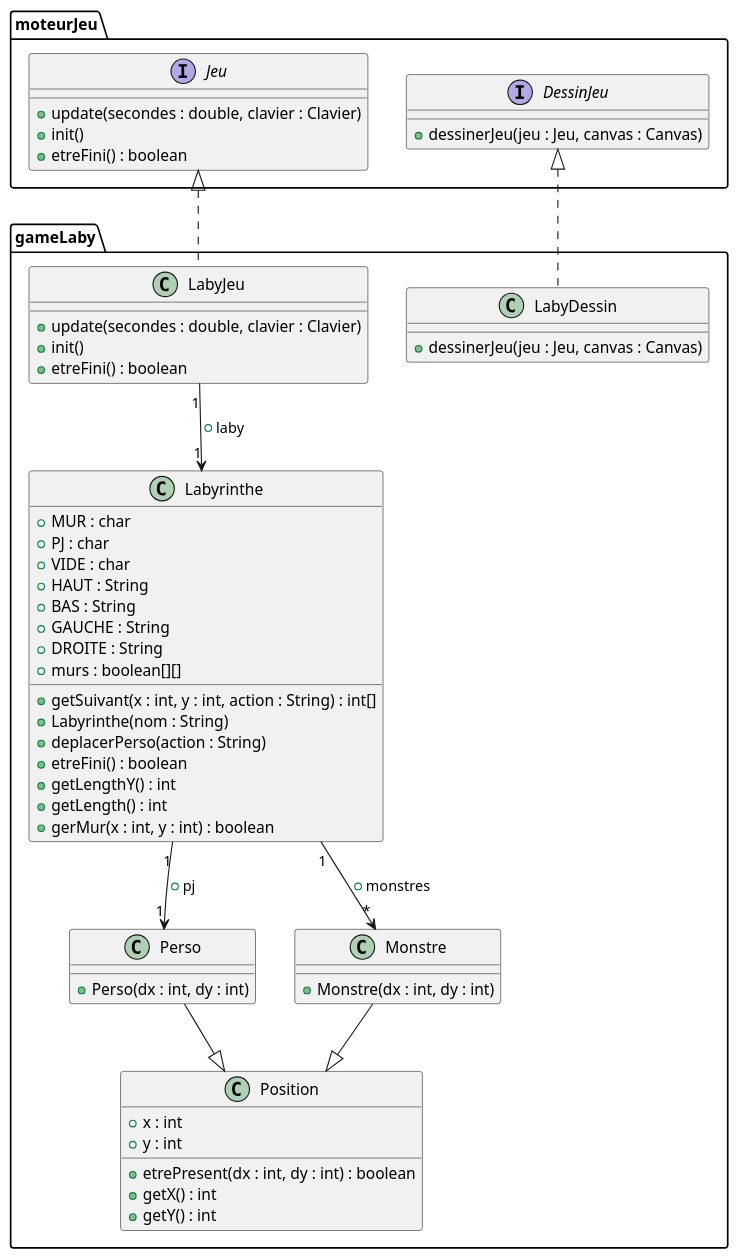
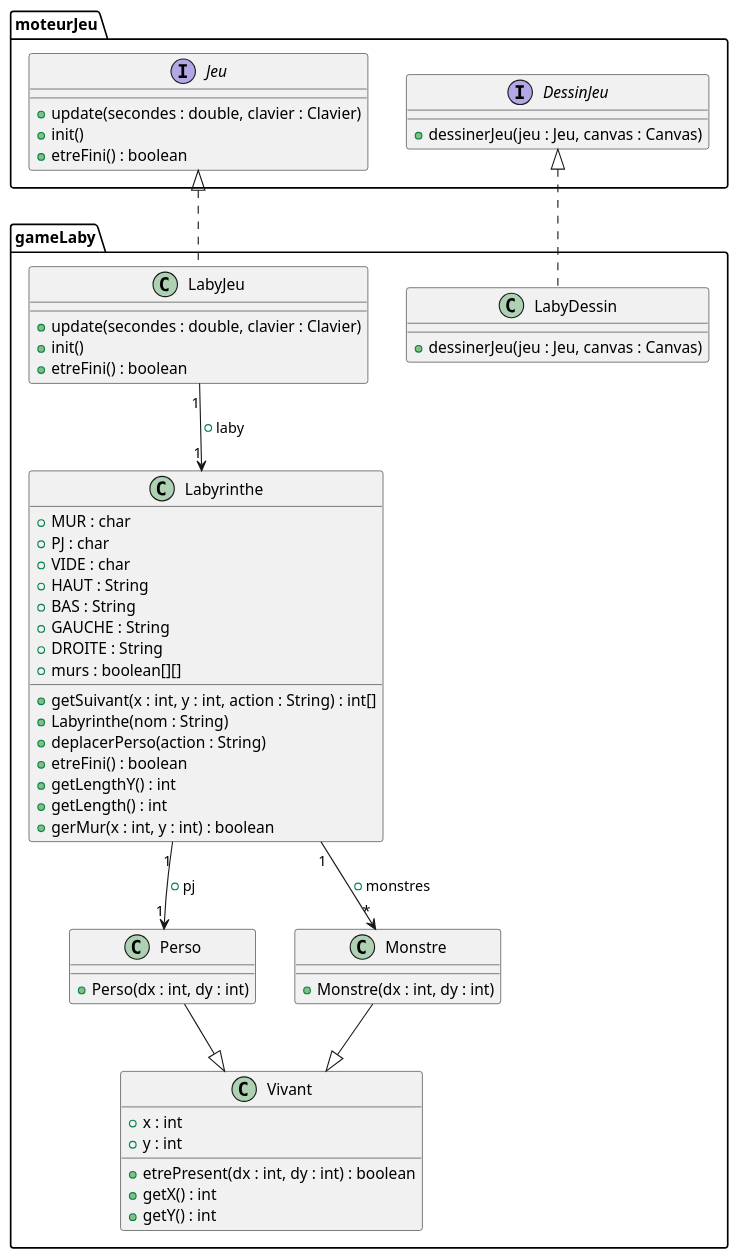
One commit to remi-choffat/2024_Zeldiablo_remi-choffat_Cesareuh_katrinltvnv changed the diagram in documents/version_2/diag_classe_initial_v2.puml. Above: the diagram before and after it, drawn with PlantUML. The commit also changed 5 other files, not shown here.

Commit message:
Modification classes Perso et Monstre + diagramme

```diff
--- a/documents/version_2/diag_classe_initial_v2.puml
+++ b/documents/version_2/diag_classe_initial_v2.puml
@@ -1,68 +1,68 @@
 @startuml
 package moteurJeu {
 interface Jeu{
 +update(secondes : double, clavier : Clavier)
 +init()
 +etreFini() : boolean
 }
 
 interface DessinJeu{
 +dessinerJeu(jeu : Jeu, canvas : Canvas)
 }
 }
 
 package gameLaby {
 class Labyrinthe{
 +MUR : char
 +PJ : char
 +VIDE : char
 +HAUT : String
 +BAS : String
 +GAUCHE : String
 +DROITE : String
 +murs : boolean[][]
 +getSuivant(x : int, y : int, action : String) : int[]
 +Labyrinthe(nom : String)
 +deplacerPerso(action : String)
 +etreFini() : boolean
 +getLengthY() : int
 +getLength() : int
 +gerMur(x : int, y : int) : boolean
 }
 
 class Perso{
 +Perso(dx : int, dy : int)
 }
 
 
 class LabyJeu{
 +update(secondes : double, clavier : Clavier)
 +init()
 +etreFini() : boolean
 }
 
 class LabyDessin{
 +dessinerJeu(jeu : Jeu, canvas : Canvas)
 }
 
 class Monstre{
 +Monstre(dx : int, dy : int)
 }
 
-class Position{
+class Vivant{
 +x : int
 +y : int
 +etrePresent(dx : int, dy : int) : boolean
 +getX() : int
 +getY() : int
 }
 }
 
 Labyrinthe "1" --> "1" Perso : "+pj"
 Labyrinthe "1" --> "*" Monstre : "+monstres"
-Perso --|> Position
-Monstre --|> Position
+Perso --|> Vivant
+Monstre --|> Vivant
 LabyJeu "1" --> "1" Labyrinthe : "+laby"
 Jeu <|.. LabyJeu
 DessinJeu <|.. LabyDessin
 @enduml
```
